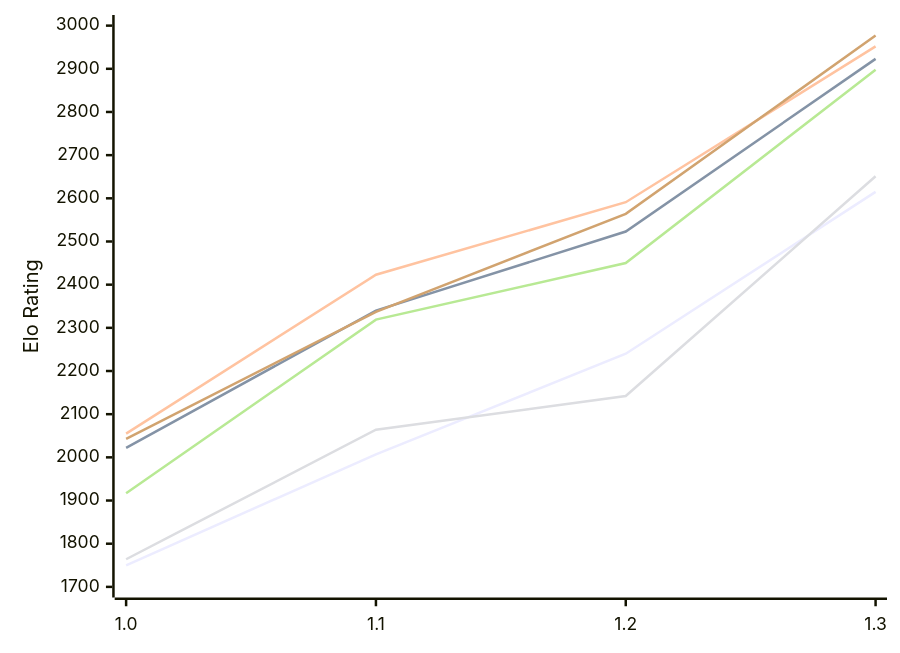
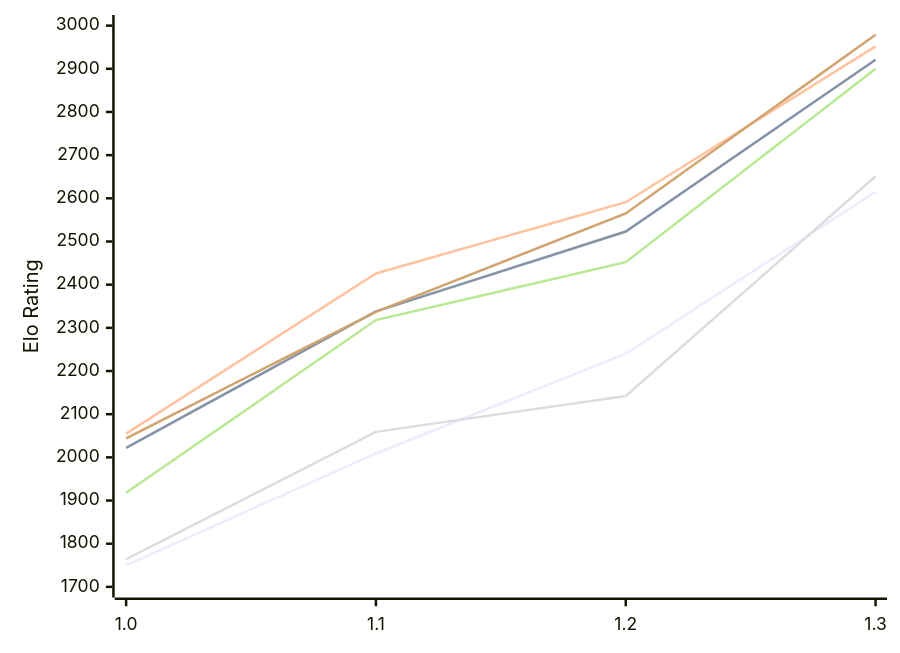
The first of 2 diagrams in engines/Echekinator.md (computer-chess-index/cci), drawn with Mermaid before and after one commit. The commit also changed other lines of this file, not shown here.

Commit message:
Update CCI Ratings (ELO VLTC) - 2026-11-27

````diff
--- a/engines/Echekinator.md
+++ b/engines/Echekinator.md
@@ -54,12 +54,12 @@
 ```mermaid
 %%{init: {"theme":"base","themeVariables":{"seriesColors:['#a3a3a3','#222221','#faa371']}}}%%
 xychart-beta
   x-axis ["1.0", "1.1", "1.2", "1.3"]
   y-axis "Elo Rating" 1700 --> 3000
-  line "E1: STC (8.0+0.08s)" [1750, 2007, 2240, 2615]
-  line "E1: LTC (60.0+0.60s)" [2022, 2340, 2523, 2923]
-  line "E1: VLTC (2m24s+1.12s)" [2055, 2423, 2591, 2952]
-  line "P1: STC (8.0+0.08s)" [1764, 2064, 2142, 2651]
-  line "P1: LTC (60.0+0.60s)" [1917, 2319, 2450, 2898]
-  line "P1: VLTC (2m24s+1.12s)" [2043, 2337, 2564, 2977]
+  line "E1: STC (8.0+0.08s)" [1750, 2009, 2240, 2615]
+  line "E1: LTC (60.0+0.60s)" [2022, 2338, 2523, 2921]
+  line "E1: VLTC (2m24s+1.12s)" [2055, 2426, 2591, 2952]
+  line "P1: STC (8.0+0.08s)" [1764, 2059, 2142, 2651]
+  line "P1: LTC (60.0+0.60s)" [1918, 2318, 2452, 2900]
+  line "P1: VLTC (2m24s+1.12s)" [2044, 2337, 2565, 2979]
 ```
````
